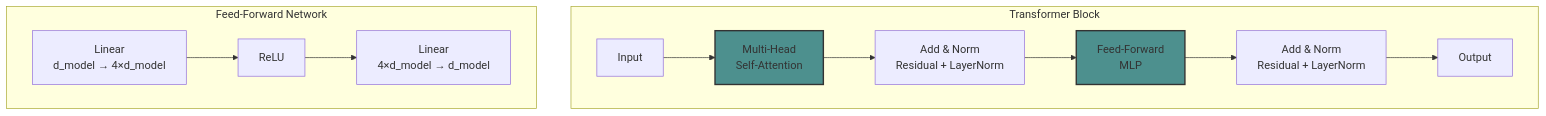
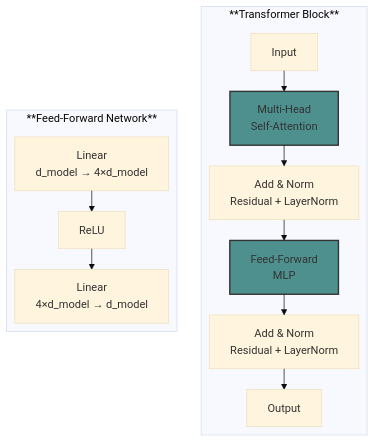
Before and after one commit to Vineet-Sharma-Medium-Stories/Medium-Build-Tool: the fourth of 5 diagrams in The 2026 AI Metromap/The 2026 AI Metromap: Transformers & Attention – The Station That Changed Everything.md, drawn with Mermaid. The commit also changed other lines of this file and 37 other files, not shown here.

````diff
--- a/The 2026 AI Metromap/The 2026 AI Metromap: Transformers & Attention – The Station That Changed Everything.md
+++ b/The 2026 AI Metromap/The 2026 AI Metromap: Transformers & Attention – The Station That Changed Everything.md
@@ -465,18 +481,23 @@
 ```mermaid
+---
+config:
+  theme: base
+  layout: elk
+---
 graph TD
-    subgraph "Transformer Block"
+    subgraph "**Transformer Block**"
         I[Input] --> A[Multi-Head<br/>Self-Attention]
         A --> A1[Add & Norm<br/>Residual + LayerNorm]
         A1 --> F[Feed-Forward<br/>MLP]
         F --> F1[Add & Norm<br/>Residual + LayerNorm]
         F1 --> O[Output]
     end
     
-    subgraph "Feed-Forward Network"
+    subgraph "**Feed-Forward Network**"
         F2[Linear<br/>d_model → 4×d_model] --> R[ReLU]
         R --> F3[Linear<br/>4×d_model → d_model]
     end
     
     style A fill:#4d908e,stroke:#333,stroke-width:2px
     style F fill:#4d908e,stroke:#333,stroke-width:2px
 ```
````
